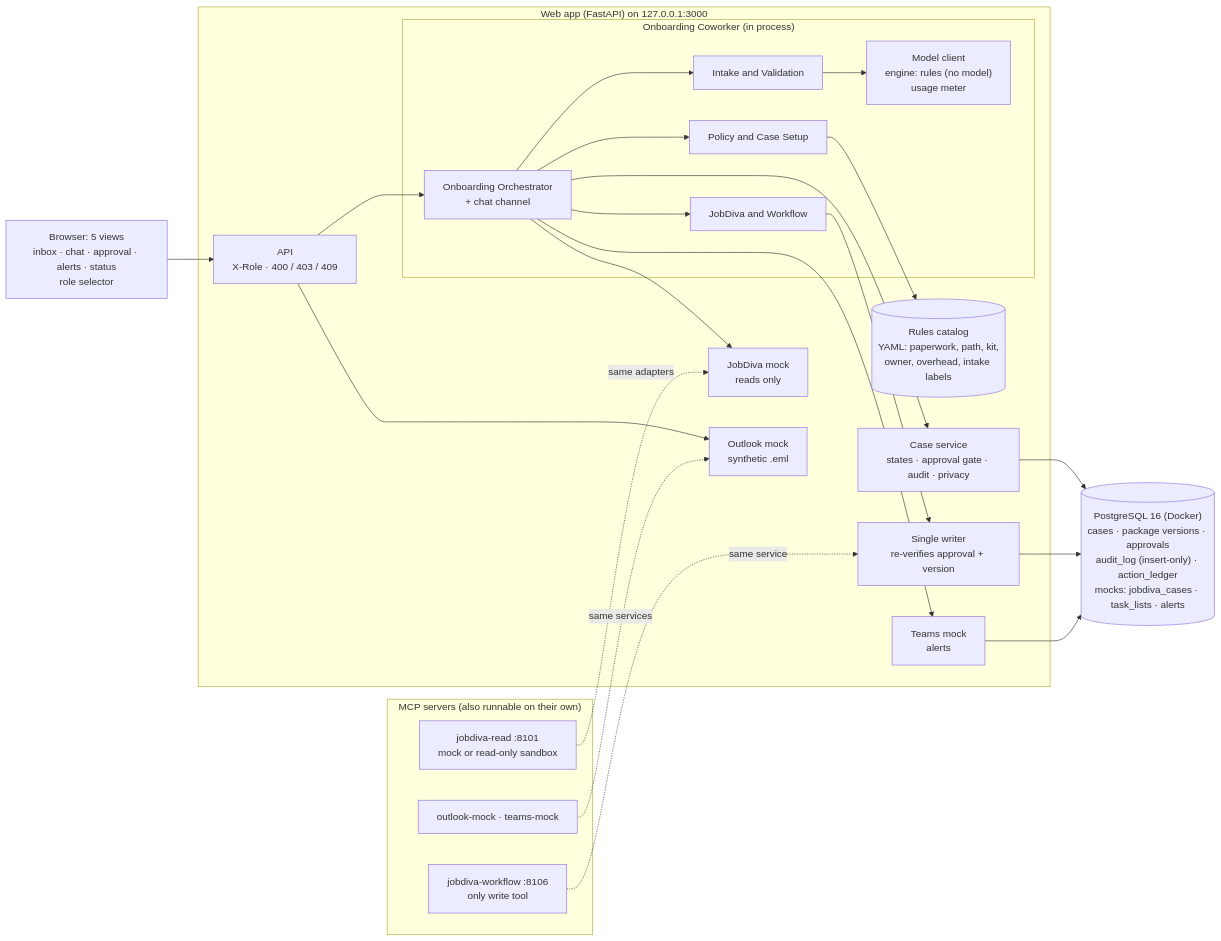
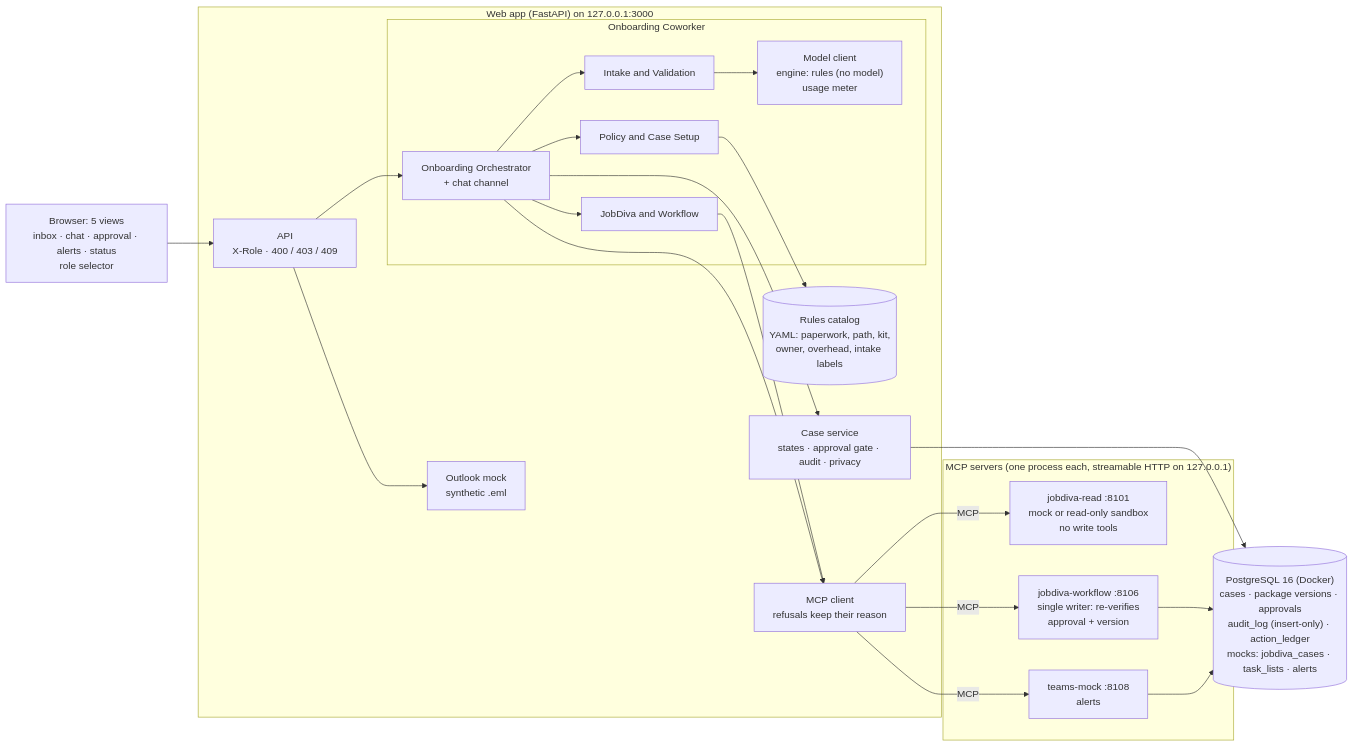
Before and after one commit to juangiron-IGS/OnBoardingDigitalCoworker: the diagram in Documents/Submission/architecture.md, drawn with Mermaid. The commit also changed other lines of this file and 14 other files, not shown here.

First line of the commit message:
Run the agents over MCP by default, with in-process as the fallback

````diff
--- a/Documents/Submission/architecture.md
+++ b/Documents/Submission/architecture.md
@@ -5,44 +5,42 @@
 ```mermaid
 flowchart LR
     Browser["Browser: 5 views<br/>inbox · chat · approval · alerts · status<br/>role selector"]
 
     subgraph Web["Web app (FastAPI) on 127.0.0.1:3000"]
         API["API<br/>X-Role · 400 / 403 / 409"]
-        subgraph Agents["Onboarding Coworker (in process)"]
+        subgraph Agents["Onboarding Coworker"]
             Orch["Onboarding Orchestrator<br/>+ chat channel"]
             Intake["Intake and Validation"]
             Policy["Policy and Case Setup"]
             WF["JobDiva and Workflow"]
             Model["Model client<br/>engine: rules (no model)<br/>usage meter"]
         end
         Case["Case service<br/>states · approval gate · audit · privacy"]
         Rules[("Rules catalog<br/>YAML: paperwork, path, kit,<br/>owner, overhead, intake labels")]
-        JDR["JobDiva mock<br/>reads only"]
         Mail["Outlook mock<br/>synthetic .eml"]
-        Alerts["Teams mock<br/>alerts"]
-        Writer["Single writer<br/>re-verifies approval + version"]
+        Client["MCP client<br/>refusals keep their reason"]
     end
 
     DB[("PostgreSQL 16 (Docker)<br/>cases · package versions · approvals<br/>audit_log (insert-only) · action_ledger<br/>mocks: jobdiva_cases · task_lists · alerts")]
 
-    subgraph MCP["MCP servers (also runnable on their own)"]
-        S1["jobdiva-read :8101<br/>mock or read-only sandbox"]
-        S2["jobdiva-workflow :8106<br/>only write tool"]
-        S3["outlook-mock · teams-mock"]
+    subgraph MCP["MCP servers (one process each, streamable HTTP on 127.0.0.1)"]
+        S1["jobdiva-read :8101<br/>mock or read-only sandbox<br/>no write tools"]
+        S2["jobdiva-workflow :8106<br/>single writer: re-verifies<br/>approval + version"]
+        S3["teams-mock :8108<br/>alerts"]
     end
 
     Browser --> API --> Orch
     Orch --> Intake --> Model
     Orch --> Policy --> Rules
-    Orch --> WF --> Writer
     Orch --> Case
-    Orch --> JDR
-    Orch --> Alerts
+    WF --> Client
+    Orch --> WF
+    Orch --> Client
+    Client -- MCP --> S1
+    Client -- MCP --> S2
+    Client -- MCP --> S3
     API --> Mail
     Case --> DB
-    Writer --> DB
-    Alerts --> DB
-    S2 -. same service .-> Writer
-    S1 -. same adapters .-> JDR
-    S3 -. same services .-> Mail
+    S2 --> DB
+    S3 --> DB
 ```
````
